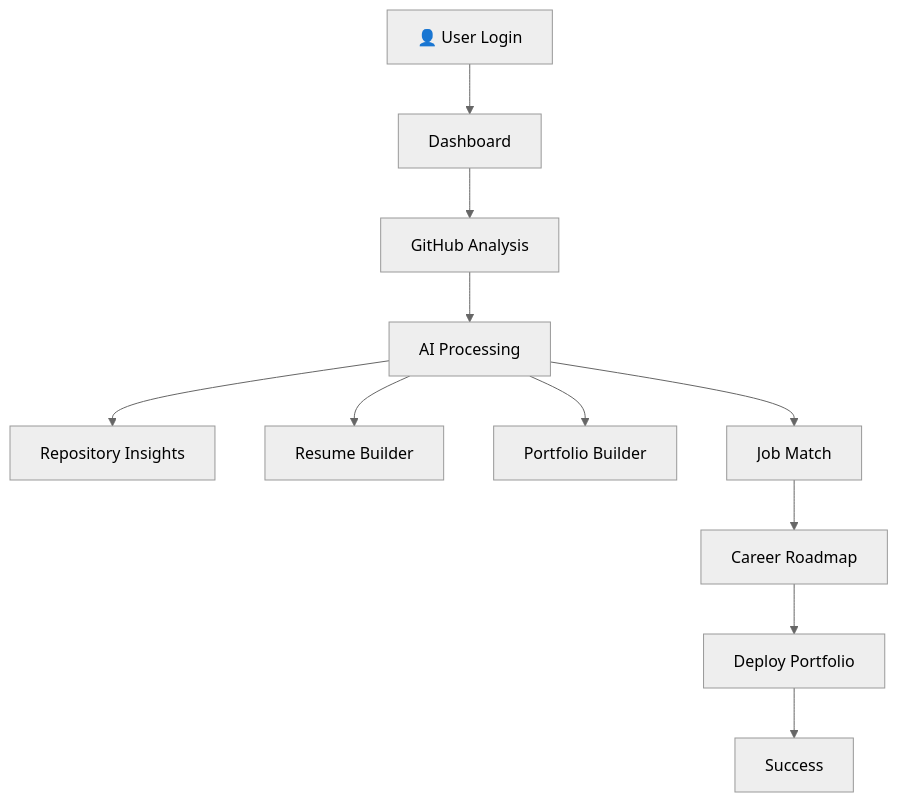
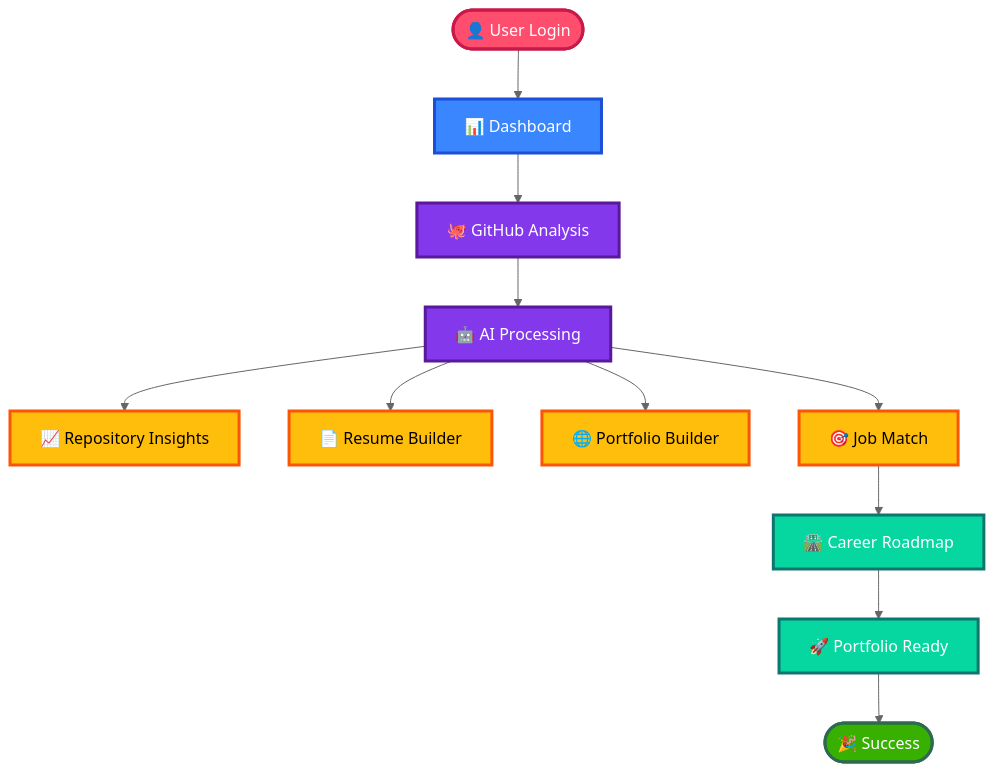
The third of 7 diagrams in README.md (Saurav6200907210/DevForge-AI), drawn with Mermaid (neutral theme) before and after one commit. The commit also changed other lines of this file, not shown here.

````diff
--- a/README.md
+++ b/README.md
@@ -363,25 +363,66 @@
 ```mermaid
 flowchart TD
 
-A[👤 User Login]
+%% ===== Node Styles =====
+classDef start fill:#FF4D6D,stroke:#C9184A,color:#fff,stroke-width:3px
+classDef dashboard fill:#3A86FF,stroke:#1D4ED8,color:#fff,stroke-width:3px
+classDef process fill:#06D6A0,stroke:#0F766E,color:#fff,stroke-width:3px
+classDef ai fill:#8338EC,stroke:#5A189A,color:#fff,stroke-width:3px
+classDef feature fill:#FFBE0B,stroke:#FB5607,color:#000,stroke-width:3px
+classDef success fill:#38B000,stroke:#2D6A4F,color:#fff,stroke-width:3px
 
-A --> B[Dashboard]
+%% ===== Flow =====
 
-B --> C[GitHub Analysis]
+A([👤 User Login])
 
-C --> D[AI Processing]
+B[📊 Dashboard]
 
-D --> E[Repository Insights]
+C[🐙 GitHub Analysis]
 
-D --> F[Resume Builder]
+D[🤖 AI Processing]
 
-D --> G[Portfolio Builder]
+E[📈 Repository Insights]
 
-D --> H[Job Match]
+F[📄 Resume Builder]
 
-H --> I[Career Roadmap]
+G[🌐 Portfolio Builder]
 
-I --> J[Deploy Portfolio]
+H[🎯 Job Match]
 
-J --> K[Success]
+I[🛣️ Career Roadmap]
+
+J[🚀 Portfolio Ready]
+
+K([🎉 Success])
+
+%% ===== Connections =====
+
+A --> B
+
+B --> C
+
+C --> D
+
+D --> E
+
+D --> F
+
+D --> G
+
+D --> H
+
+H --> I
+
+I --> J
+
+J --> K
+
+%% ===== Apply Colors =====
+
+class A start
+class B dashboard
+class C,D ai
+class E,F,G,H feature
+class I,J process
+class K success
 ```
````
